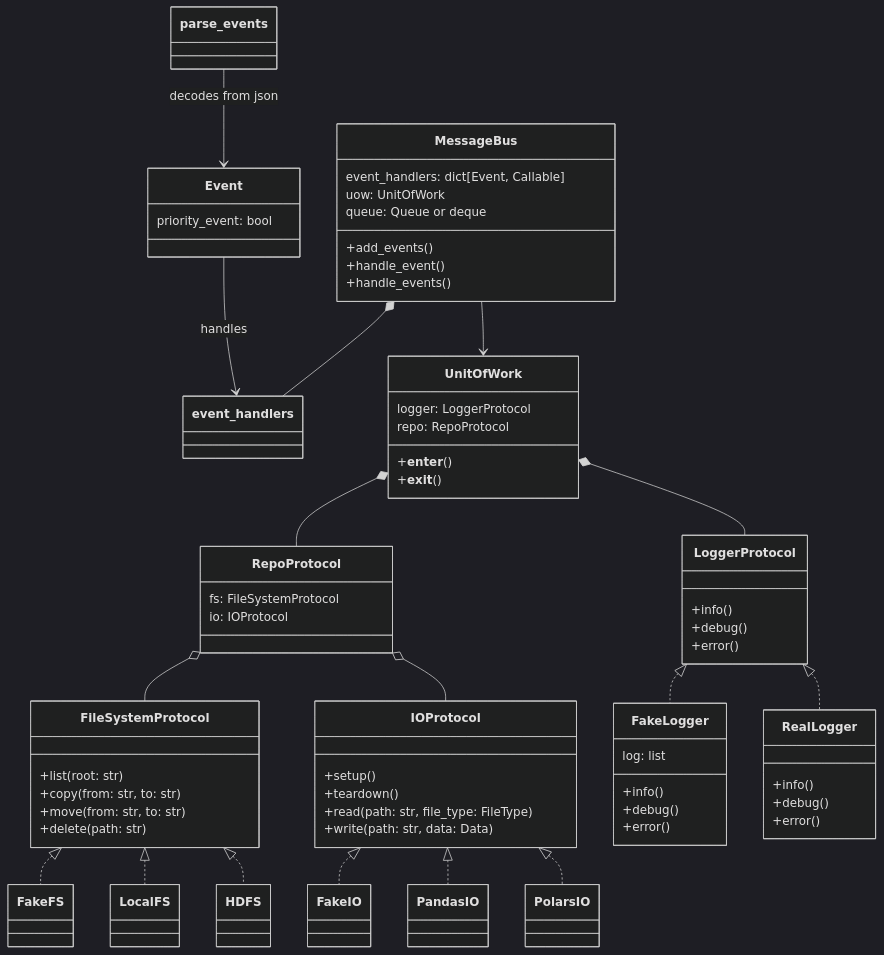
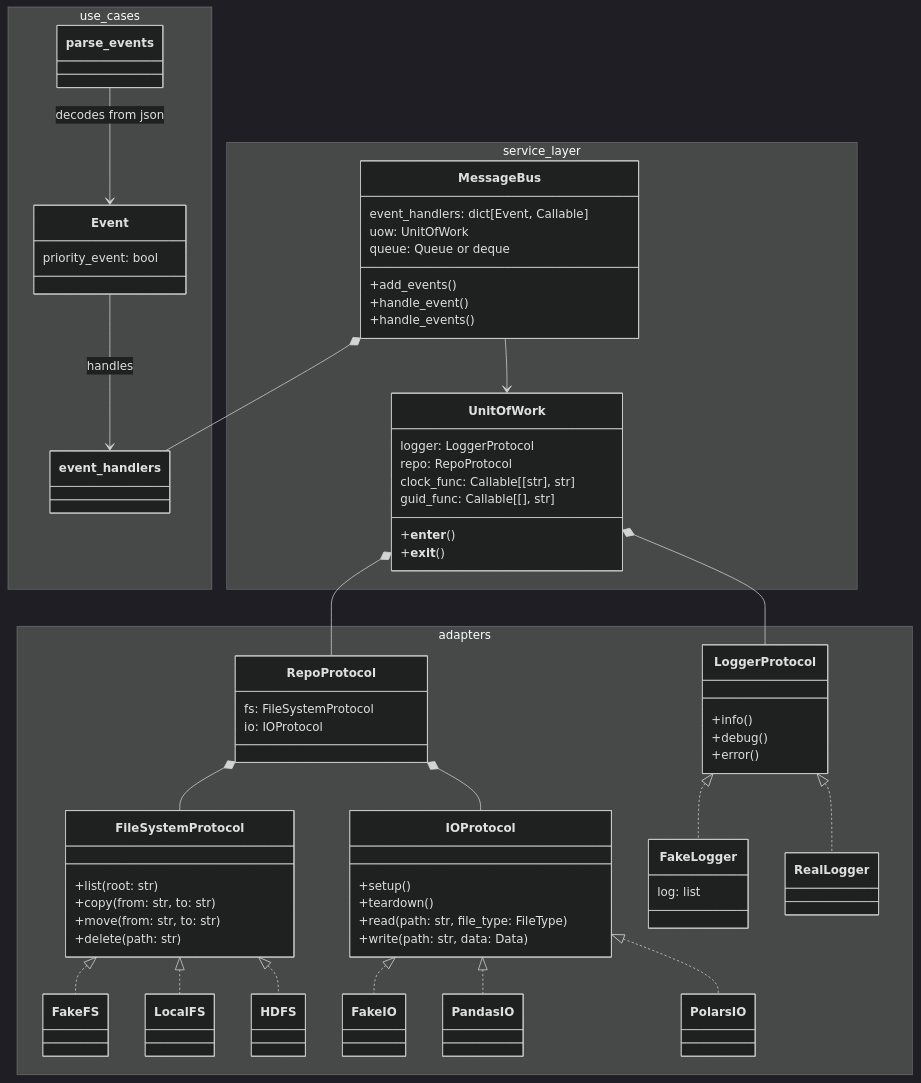
One commit to second-ed/cosmic-python-sandbox changed the diagram in README.md. Above: the diagram before and after it, drawn with Mermaid (dark theme).

Commit message:
docs: add namespaces

````diff
--- a/README.md
+++ b/README.md
@@ -3,100 +3,96 @@
 ```mermaid
 classDiagram
 
-%% === Adapters.fs_wrappers ===
-class FileSystemProtocol {
-    +list(root: str)
-    +copy(from: str, to: str)
-    +move(from: str, to: str)
-    +delete(path: str)
+namespace adapters {
+    class FileSystemProtocol {
+        +list(root: str)
+        +copy(from: str, to: str)
+        +move(from: str, to: str)
+        +delete(path: str)
+    }
+
+    class FakeFS
+    class LocalFS
+    class HDFS
+
+
+    class IOProtocol {
+        +setup()
+        +teardown()
+        +read(path: str, file_type: FileType)
+        +write(path: str, data: Data)
+    }
+
+    class FakeIO
+    class PandasIO
+    class PolarsIO
+
+
+    class LoggerProtocol {
+        +info()
+        +debug()
+        +error()
+    }
+
+    class FakeLogger {
+        log: list
+    }
+    class RealLogger
+
+    class RepoProtocol {
+        fs: FileSystemProtocol
+        io: IOProtocol
+    }
 }
 
-class FakeFS
-class LocalFS
-class HDFS
+namespace use_cases {
+    class Event {
+        priority_event: bool
+    }
+
+    class parse_events
+    class event_handlers
+}
+
+namespace service_layer{
+    class UnitOfWork {
+        logger: LoggerProtocol
+        repo: RepoProtocol
+        clock_func: Callable[[str], str]
+        guid_func: Callable[[], str]
+        +__enter__()
+        +__exit__()
+    }
+
+    class MessageBus {
+        event_handlers: dict[Event, Callable]
+        uow: UnitOfWork
+        queue: Queue or deque
+        +add_events()
+        +handle_event()
+        +handle_events()
+    }
+}
+
+LoggerProtocol <|.. FakeLogger
+LoggerProtocol <|.. RealLogger
+
+IOProtocol <|.. FakeIO
+IOProtocol <|.. PandasIO
+IOProtocol <|.. PolarsIO
+
+RepoProtocol *-- FileSystemProtocol
+RepoProtocol *-- IOProtocol
+
+parse_events --> Event : decodes from json
+Event --> event_handlers : handles
 
 FileSystemProtocol <|.. FakeFS
 FileSystemProtocol <|.. LocalFS
 FileSystemProtocol <|.. HDFS
 
-%% === Adapters.io_wrappers ===
-class IOProtocol {
-    +setup()
-    +teardown()
-    +read(path: str, file_type: FileType)
-    +write(path: str, data: Data)
-}
-
-class FakeIO
-class PandasIO
-class PolarsIO
-
-IOProtocol <|.. FakeIO
-IOProtocol <|.. PandasIO
-IOProtocol <|.. PolarsIO
-
-%% === Adapters.logger ===
-class LoggerProtocol {
-    +info()
-    +debug()
-    +error()
-}
-
-class FakeLogger {
-    log: list
-    +info()
-    +debug()
-    +error()
-}
-
-class RealLogger {
-    +info()
-    +debug()
-    +error()
-}
-
-LoggerProtocol <|.. FakeLogger
-LoggerProtocol <|.. RealLogger
-
-%% === Adapters.repo ===
-class RepoProtocol {
-    fs: FileSystemProtocol
-    io: IOProtocol
-}
-
-RepoProtocol o-- FileSystemProtocol
-RepoProtocol o-- IOProtocol
-
-%% === Usecases ===
-class Event {
-    priority_event: bool
-}
-
-class parse_events
-class event_handlers
-
-parse_events --> Event : decodes from json
-Event --> event_handlers : handles
-
-%% === Service Layer ===
-class UnitOfWork {
-    logger: LoggerProtocol
-    repo: RepoProtocol
-    +__enter__()
-    +__exit__()
-}
-
 UnitOfWork *-- LoggerProtocol
 UnitOfWork *-- RepoProtocol
-
-class MessageBus {
-    event_handlers: dict[Event, Callable]
-    uow: UnitOfWork
-    queue: Queue or deque
-    +add_events()
-    +handle_event()
-    +handle_events()
-}
 
 MessageBus --> UnitOfWork
 MessageBus *-- event_handlers
````
